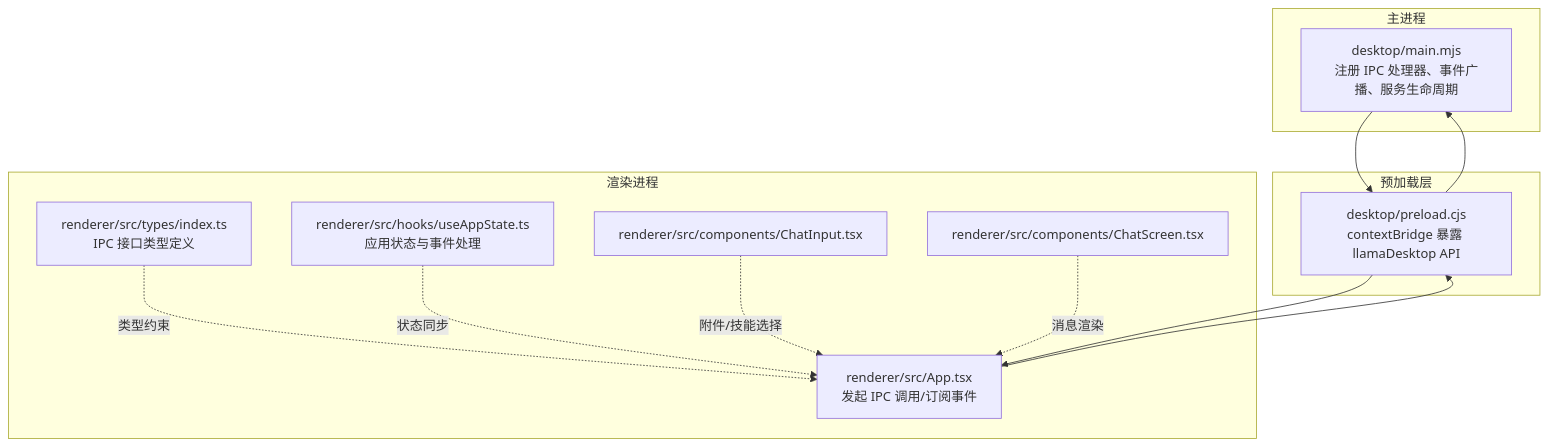
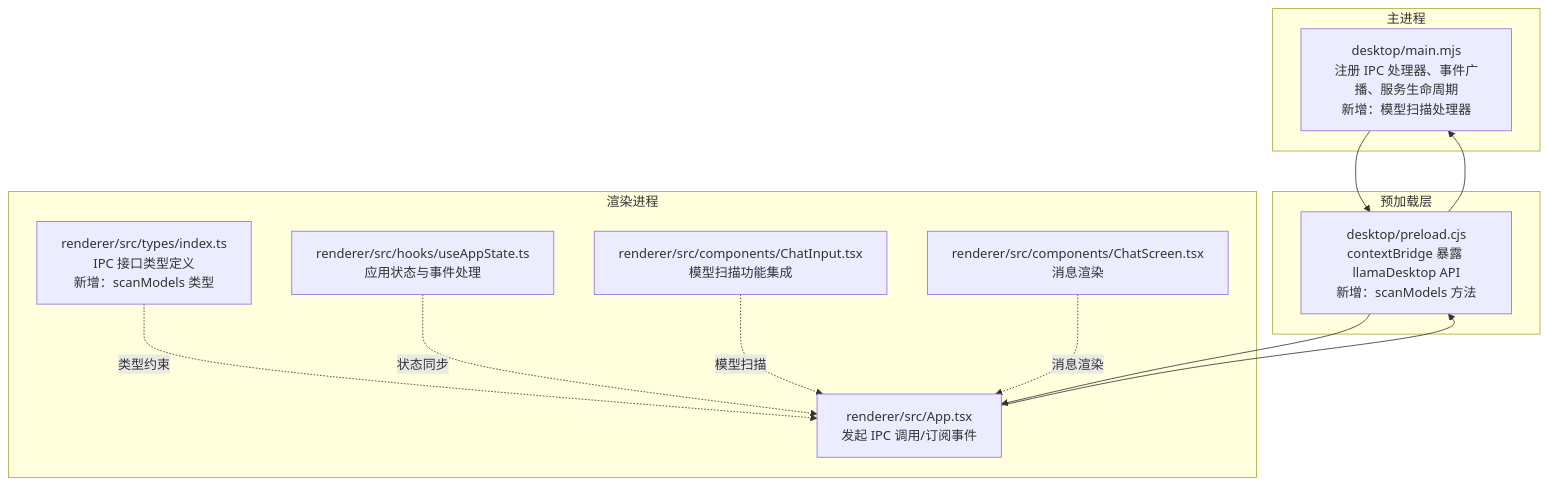
The first of 5 diagrams in .qoder/repowiki/zh/content/IPC 通信机制.md (linkin770/illama-cpp-desktop), drawn with Mermaid before and after one commit. The commit also changed other lines of this file and 23 other files, not shown here.

````diff
--- a/.qoder/repowiki/zh/content/IPC 通信机制.md
+++ b/.qoder/repowiki/zh/content/IPC 通信机制.md
@@ -37,24 +45,24 @@
 ```mermaid
 graph TB
 subgraph "主进程"
-M["desktop/main.mjs<br/>注册 IPC 处理器、事件广播、服务生命周期"]
+M["desktop/main.mjs<br/>注册 IPC 处理器、事件广播、服务生命周期<br/>新增：模型扫描处理器"]
 end
 subgraph "预加载层"
-P["desktop/preload.cjs<br/>contextBridge 暴露 llamaDesktop API"]
+P["desktop/preload.cjs<br/>contextBridge 暴露 llamaDesktop API<br/>新增：scanModels 方法"]
 end
 subgraph "渲染进程"
 R["renderer/src/App.tsx<br/>发起 IPC 调用/订阅事件"]
-T["renderer/src/types/index.ts<br/>IPC 接口类型定义"]
+T["renderer/src/types/index.ts<br/>IPC 接口类型定义<br/>新增：scanModels 类型"]
 U["renderer/src/hooks/useAppState.ts<br/>应用状态与事件处理"]
-C1["renderer/src/components/ChatInput.tsx"]
-C2["renderer/src/components/ChatScreen.tsx"]
+C1["renderer/src/components/ChatInput.tsx<br/>模型扫描功能集成"]
+C2["renderer/src/components/ChatScreen.tsx<br/>消息渲染"]
 end
 R --> P
 P --> M
 M --> P
 P --> R
 T -. 类型约束 .-> R
 U -. 状态同步 .-> R
-C1 -. 附件/技能选择 .-> R
+C1 -. 模型扫描 .-> R
 C2 -. 消息渲染 .-> R
 ```
````
